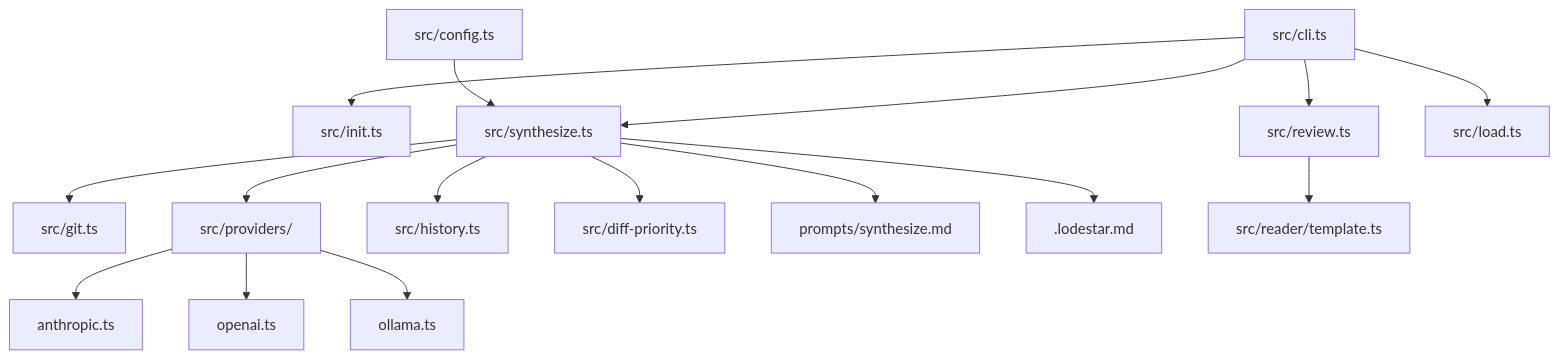
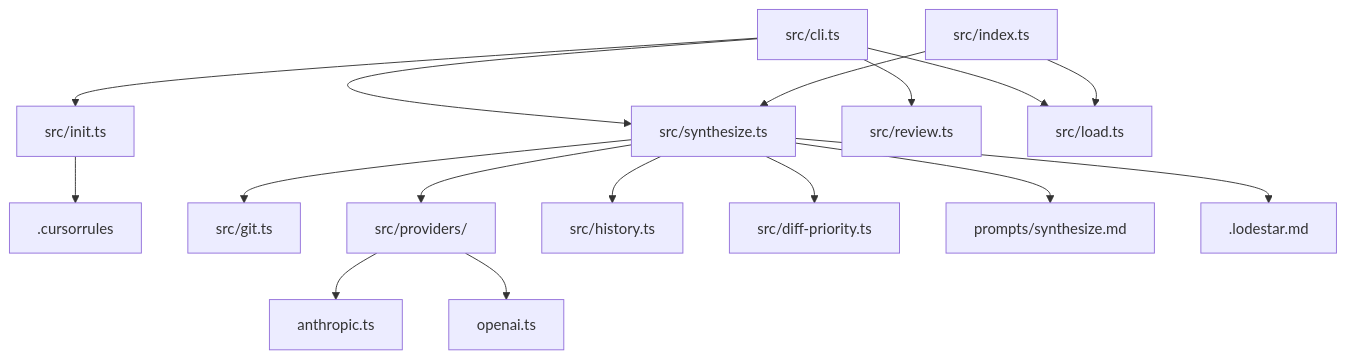
The diagram in .lodestar.md (Kgard/LodeStar), drawn with Mermaid before and after one commit. The commit also changed other lines of this file and 3 other files, not shown here.

First line of the commit message:
feat: Cursor MCP integration — tool descriptions, .cursorrules, natural language triggers

````diff
--- a/.lodestar.md
+++ b/.lodestar.md
@@ -40,18 +41,18 @@
 ```mermaid
 graph TD
     CLI[src/cli.ts] --> INIT[src/init.ts]
     CLI --> SYNTH[src/synthesize.ts]
     CLI --> REVIEW[src/review.ts]
     CLI --> LOAD[src/load.ts]
+    INIT --> CURSORRULES[.cursorrules]
     SYNTH --> GIT[src/git.ts]
     SYNTH --> PROVIDERS[src/providers/]
     SYNTH --> HISTORY[src/history.ts]
     SYNTH --> DIFFPRI[src/diff-priority.ts]
     PROVIDERS --> ANTHROPIC[anthropic.ts]
     PROVIDERS --> OPENAI[openai.ts]
-    PROVIDERS --> OLLAMA[ollama.ts]
     SYNTH --> PROMPT[prompts/synthesize.md]
     SYNTH --> LODESTAR[.lodestar.md]
-    REVIEW --> TEMPLATE[src/reader/template.ts]
-    CONFIG[src/config.ts] --> SYNTH
+    MCP[src/index.ts] --> SYNTH
+    MCP --> LOAD
 ```
````
